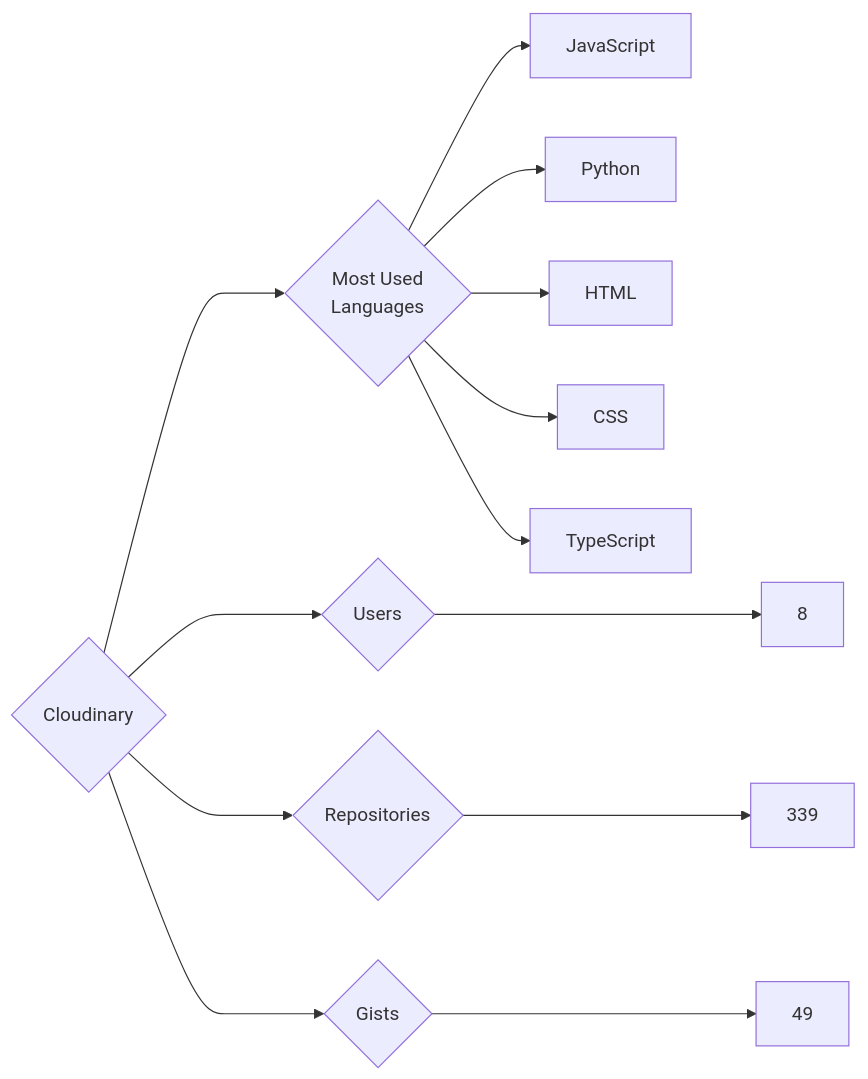
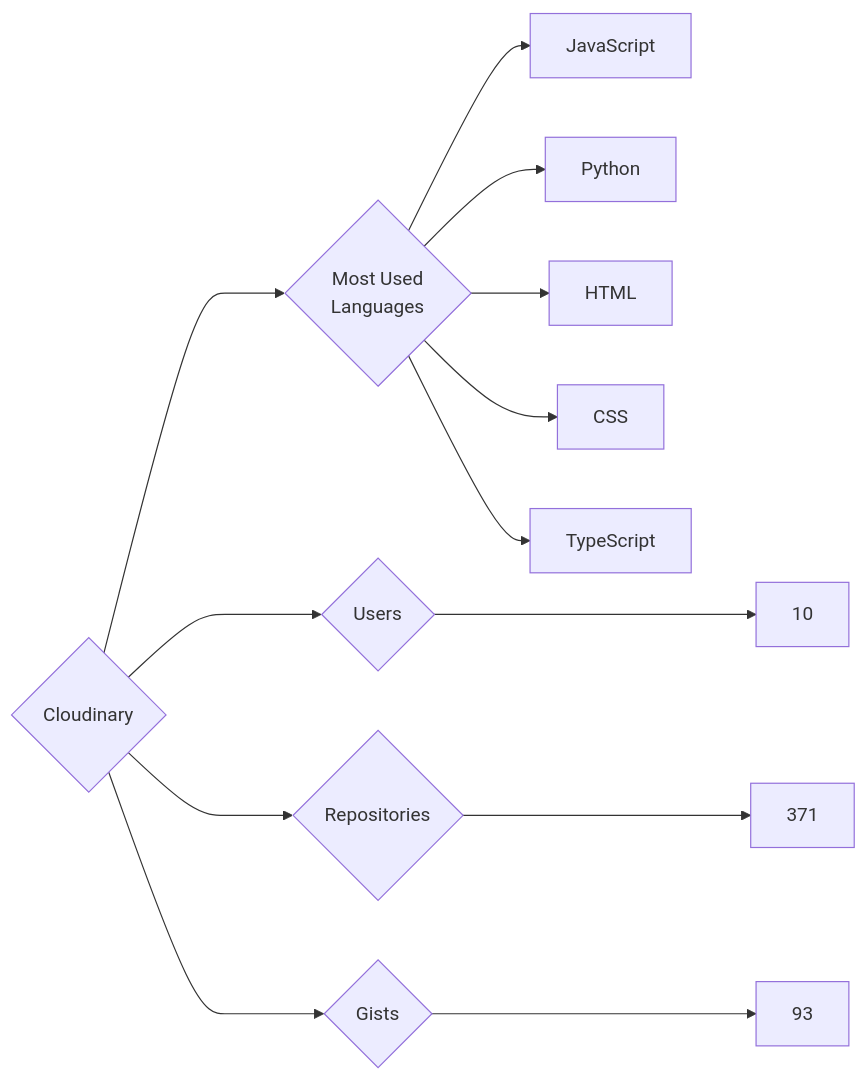
One commit to trickest/insiders changed the diagram in targets/Cloudinary/README.md. Above: the diagram before and after it, drawn with Mermaid. The commit also changed 1212 other files, not shown here.

````diff
--- a/targets/Cloudinary/README.md
+++ b/targets/Cloudinary/README.md
@@ -3,13 +3,13 @@
 ```mermaid
 graph LR
 COMPANY_NAME{Cloudinary}
-COMPANY_NAME ---> U{Users} ---> UN[8]
-COMPANY_NAME ---> R{Repositories} ---> RN[339]
-COMPANY_NAME ---> G{Gists} ---> GN[49]
+COMPANY_NAME ---> U{Users} ---> UN[10]
+COMPANY_NAME ---> R{Repositories} ---> RN[371]
+COMPANY_NAME ---> G{Gists} ---> GN[93]
 COMPANY_NAME ---> ML{Most Used<br>Languages}
 ML --> JavaScript[JavaScript]
 ML --> Python[Python]
 ML --> HTML[HTML]
 ML --> CSS[CSS]
 ML --> TypeScript[TypeScript]
 ```
````
